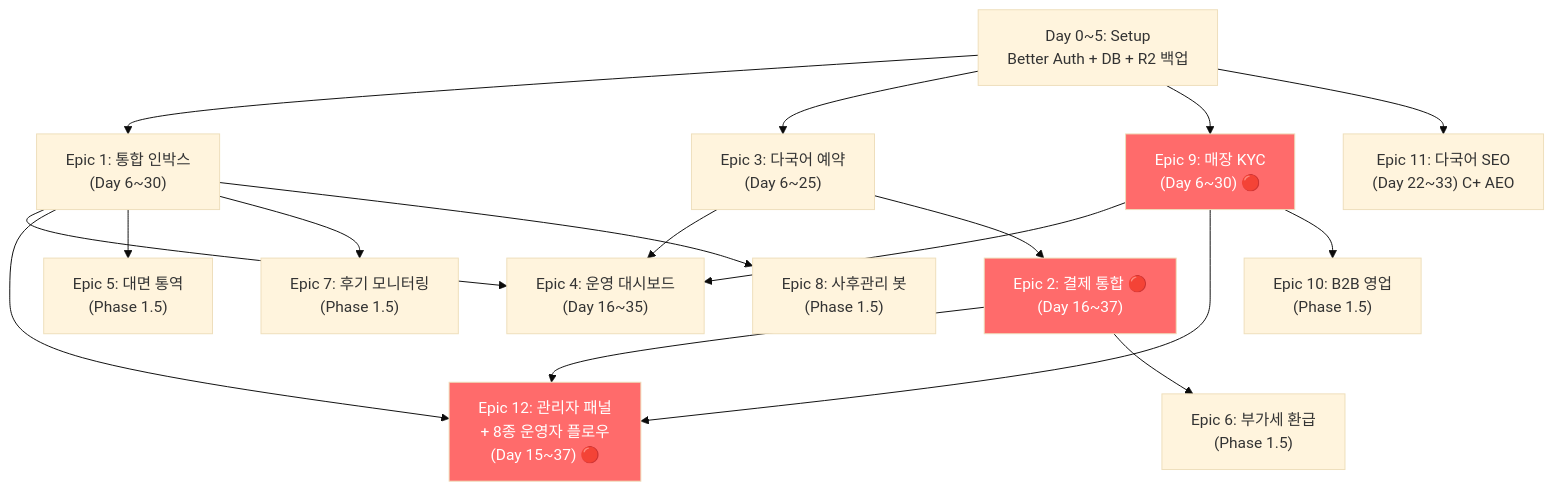
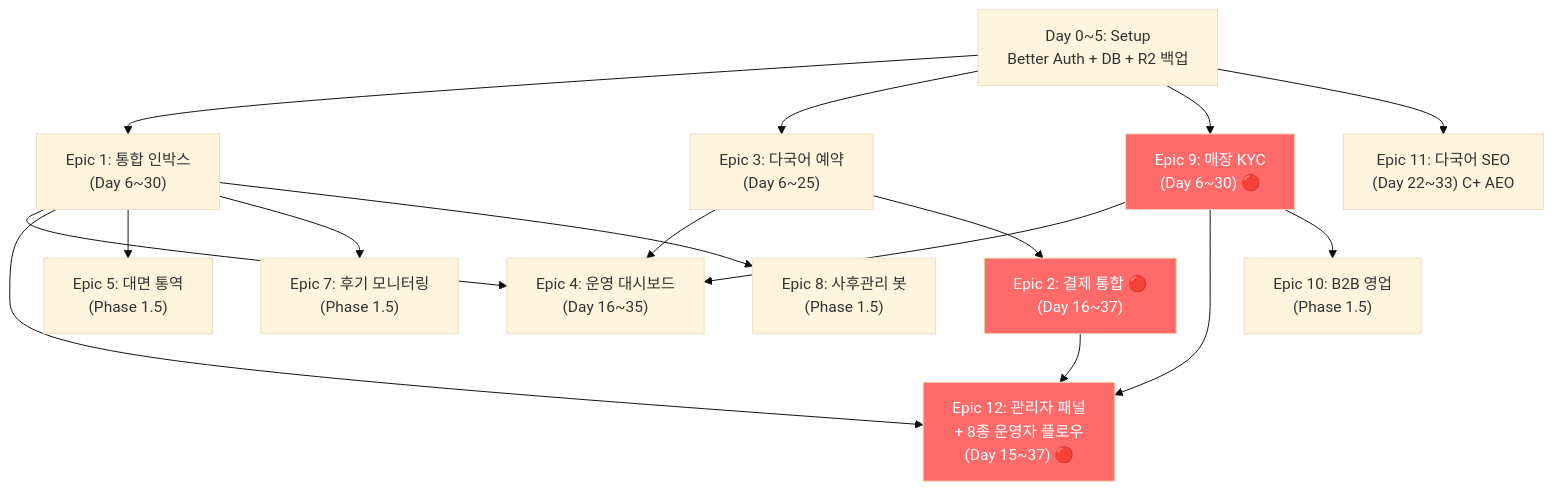
One commit to jaydenjoo/hesya changed the diagram in docs/DEVELOPMENT-PLAN.md. Above: the diagram before and after it, drawn with Mermaid (base theme). The commit also changed other lines of this file and 1 other file, not shown here.

First line of the commit message:
docs(prd): Plan v4 Epic A - 부가세 환급 모듈 5 완전 삭제 (#168)

````diff
--- a/docs/DEVELOPMENT-PLAN.md
+++ b/docs/DEVELOPMENT-PLAN.md
@@ -106,30 +106,29 @@
 ```mermaid
 flowchart TB
     Setup["Day 0~5: Setup<br/>Better Auth + DB + R2 백업"]
 
     Setup --> Epic1["Epic 1: 통합 인박스<br/>(Day 6~30)"]
     Setup --> Epic3["Epic 3: 다국어 예약<br/>(Day 6~25)"]
     Setup --> Epic9["Epic 9: 매장 KYC<br/>(Day 6~30) 🔴"]
 
     Epic9 --> Epic4["Epic 4: 운영 대시보드<br/>(Day 16~35)"]
     Epic1 --> Epic4
     Epic3 --> Epic4
 
     Epic9 --> Epic12["Epic 12: 관리자 패널<br/>+ 8종 운영자 플로우<br/>(Day 15~37) 🔴"]
     Epic1 --> Epic12
 
     Epic3 --> Epic2["Epic 2: 결제 통합 🔴<br/>(Day 16~37)"]
     Epic2 --> Epic12
 
     Epic1 --> Epic5["Epic 5: 대면 통역<br/>(Phase 1.5)"]
-    Epic2 --> Epic6["Epic 6: 부가세 환급<br/>(Phase 1.5)"]
     Epic1 --> Epic7["Epic 7: 후기 모니터링<br/>(Phase 1.5)"]
     Epic1 --> Epic8["Epic 8: 사후관리 봇<br/>(Phase 1.5)"]
 
     Epic9 --> Epic10["Epic 10: B2B 영업<br/>(Phase 1.5)"]
     Setup --> Epic11["Epic 11: 다국어 SEO<br/>(Day 22~33) C+ AEO"]
 
     style Epic2 fill:#ff6b6b,color:#fff
     style Epic9 fill:#ff6b6b,color:#fff
     style Epic12 fill:#ff6b6b,color:#fff
 ```
````
